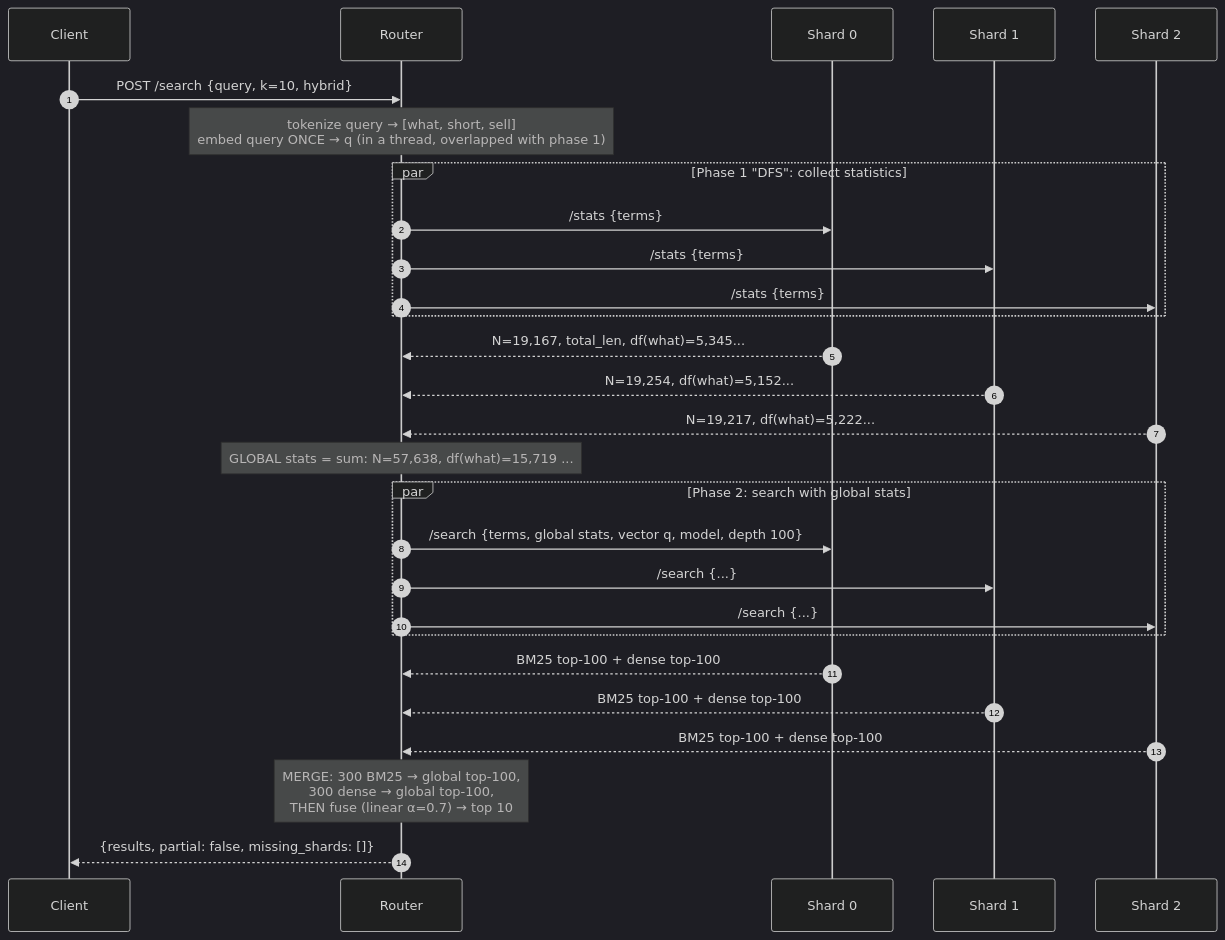
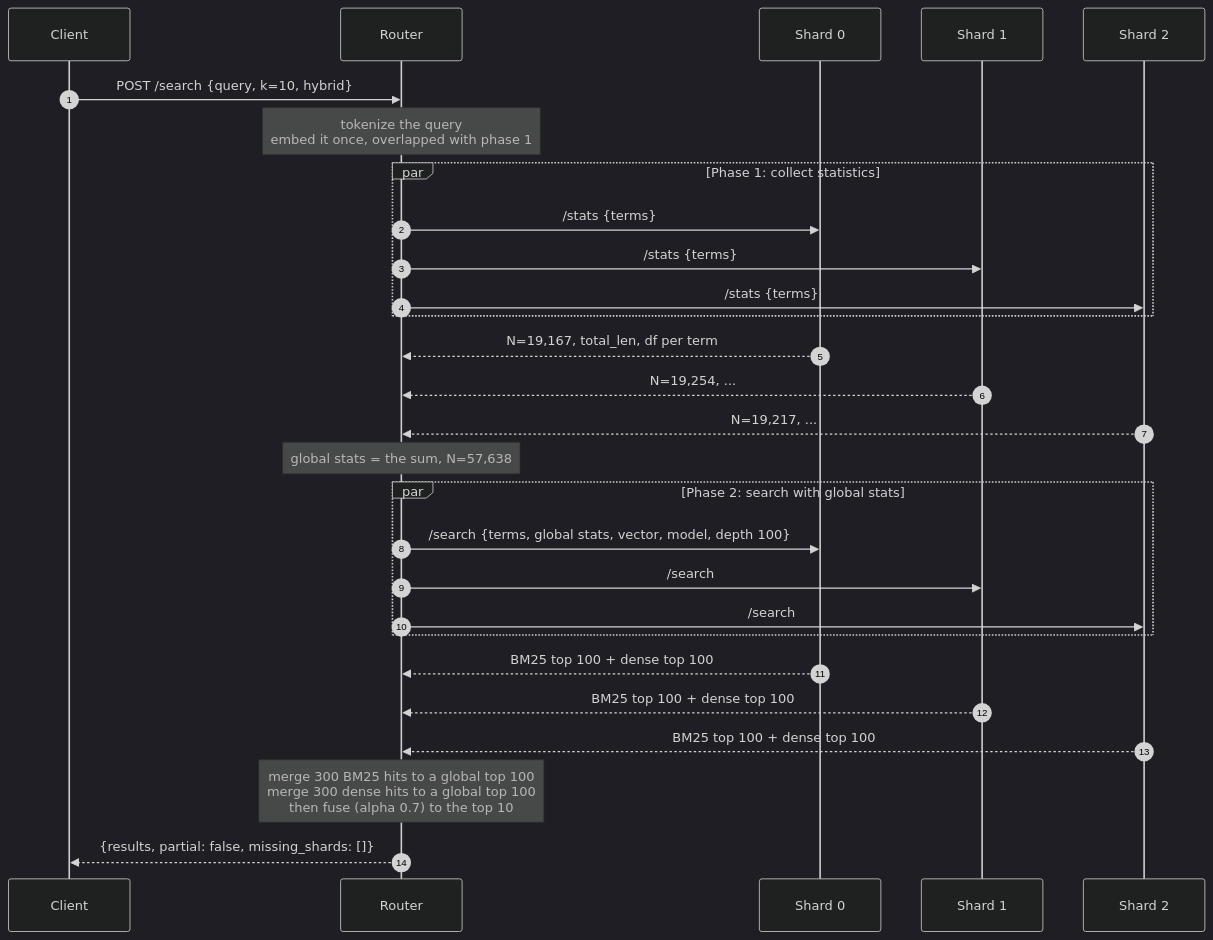
One commit to node31/fiqa-agentic-retrieval changed the second of 8 diagrams in docs/from_zero/07_part_b_distributed.md. Above: the diagram before and after it, drawn with Mermaid (dark theme). The commit also changed other lines of this file and 9 other files, not shown here.

````diff
--- a/docs/from_zero/07_part_b_distributed.md
+++ b/docs/from_zero/07_part_b_distributed.md
@@ -54,30 +39,30 @@
 ```mermaid
 sequenceDiagram
     autonumber
     participant C as Client
     participant R as Router
     participant S0 as Shard 0
     participant S1 as Shard 1
     participant S2 as Shard 2
     C->>R: POST /search {query, k=10, hybrid}
-    Note over R: tokenize query → [what, short, sell]<br/>embed query ONCE → q (in a thread, overlapped with phase 1)
-    par Phase 1 "DFS": collect statistics
+    Note over R: tokenize the query<br/>embed it once, overlapped with phase 1
+    par Phase 1: collect statistics
         R->>S0: /stats {terms}
         R->>S1: /stats {terms}
         R->>S2: /stats {terms}
     end
-    S0-->>R: N=19,167, total_len, df(what)=5,345...
-    S1-->>R: N=19,254, df(what)=5,152...
-    S2-->>R: N=19,217, df(what)=5,222...
-    Note over R: GLOBAL stats = sum: N=57,638, df(what)=15,719 ...
+    S0-->>R: N=19,167, total_len, df per term
+    S1-->>R: N=19,254, ...
+    S2-->>R: N=19,217, ...
+    Note over R: global stats = the sum, N=57,638
     par Phase 2: search with global stats
-        R->>S0: /search {terms, global stats, vector q, model, depth 100}
-        R->>S1: /search {...}
-        R->>S2: /search {...}
+        R->>S0: /search {terms, global stats, vector, model, depth 100}
+        R->>S1: /search
+        R->>S2: /search
     end
-    S0-->>R: BM25 top-100 + dense top-100
-    S1-->>R: BM25 top-100 + dense top-100
-    S2-->>R: BM25 top-100 + dense top-100
-    Note over R: MERGE: 300 BM25 → global top-100,<br/>300 dense → global top-100,<br/>THEN fuse (linear α=0.7) → top 10
+    S0-->>R: BM25 top 100 + dense top 100
+    S1-->>R: BM25 top 100 + dense top 100
+    S2-->>R: BM25 top 100 + dense top 100
+    Note over R: merge 300 BM25 hits to a global top 100<br/>merge 300 dense hits to a global top 100<br/>then fuse (alpha 0.7) to the top 10
     R-->>C: {results, partial: false, missing_shards: []}
 ```
````
